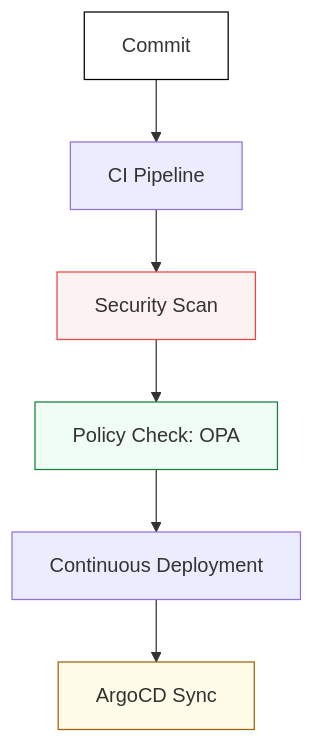
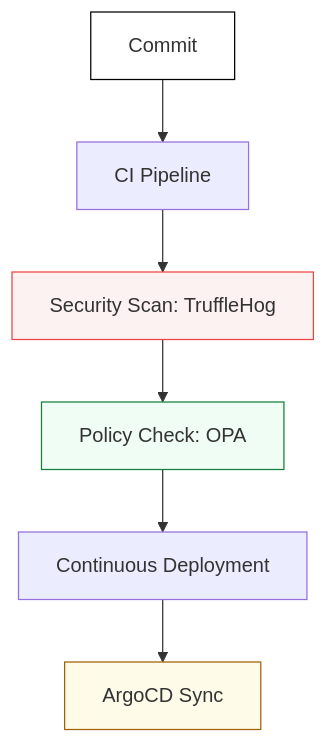
Before and after one commit to Ganil151/Devops: the diagram in 2-Intermediate/02-Phase-2/02-Delivery-and-Governance/README.md, drawn with Mermaid. The commit also changed other lines of this file and 75 other files, not shown here.

````diff
--- a/2-Intermediate/02-Phase-2/02-Delivery-and-Governance/README.md
+++ b/2-Intermediate/02-Phase-2/02-Delivery-and-Governance/README.md
@@ -5,13 +33,13 @@
 ```mermaid
 graph TD
     Commit[Commit] --> Pipeline[CI Pipeline]
-    Pipeline --> Scan[Security Scan]
+    Pipeline --> Scan[Security Scan: TruffleHog]
     Scan --> Policy[Policy Check: OPA]
     Policy --> CD[Continuous Deployment]
     CD --> GitOps[ArgoCD Sync]
     
     style Commit fill:#fff,stroke:#000
     style Scan fill:#fdf2f2,stroke:#ef4444
     style Policy fill:#f0fdf4,stroke:#15803d
     style GitOps fill:#fefce8,stroke:#a16207
 ```
````
